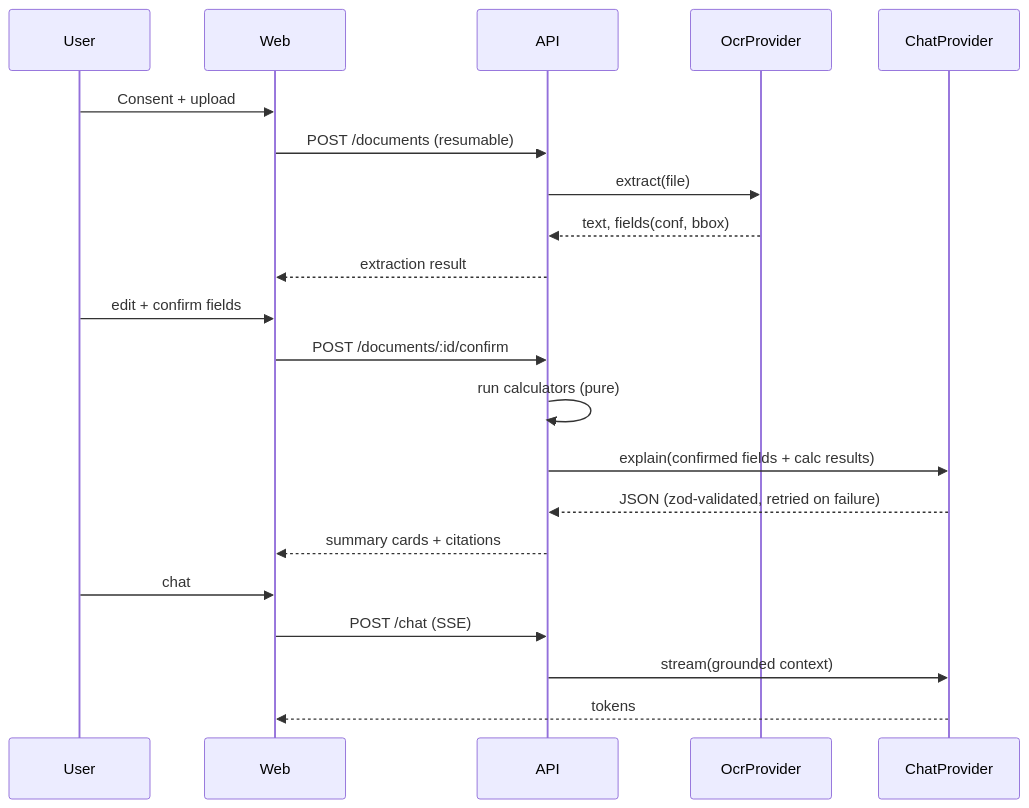
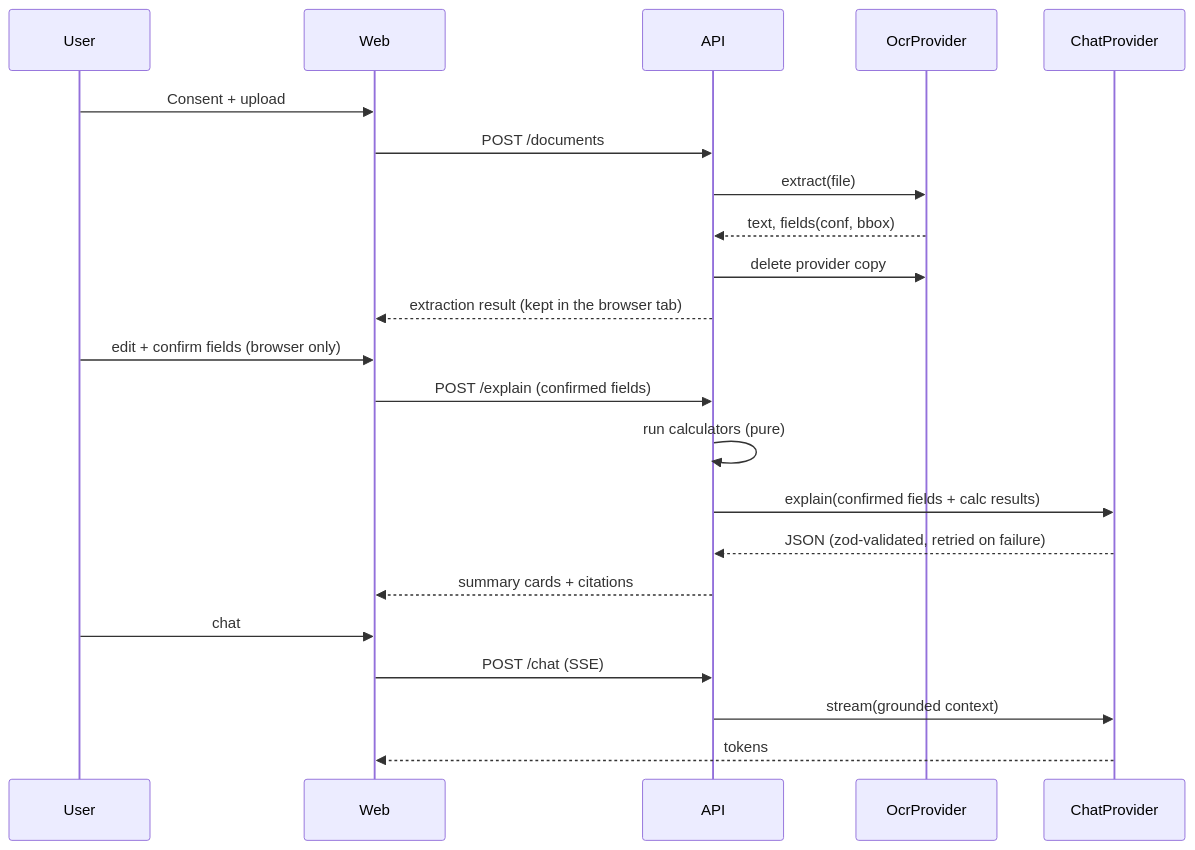
One commit to ychine/tdks-overclock changed the second of 2 diagrams in .kiro/specs/linaw/design.md. Above: the diagram before and after it, drawn with Mermaid. The commit also changed other lines of this file and 28 other files, not shown here.

````diff
--- a/.kiro/specs/linaw/design.md
+++ b/.kiro/specs/linaw/design.md
@@ -35,23 +35,24 @@
 ```mermaid
 sequenceDiagram
   participant U as User
   participant W as Web
   participant A as API
   participant O as OcrProvider
   participant C as ChatProvider
   U->>W: Consent + upload
-  W->>A: POST /documents (resumable)
+  W->>A: POST /documents
   A->>O: extract(file)
   O-->>A: text, fields(conf, bbox)
-  A-->>W: extraction result
-  U->>W: edit + confirm fields
-  W->>A: POST /documents/:id/confirm
+  A->>O: delete provider copy
+  A-->>W: extraction result (kept in the browser tab)
+  U->>W: edit + confirm fields (browser only)
+  W->>A: POST /explain (confirmed fields)
   A->>A: run calculators (pure)
   A->>C: explain(confirmed fields + calc results)
   C-->>A: JSON (zod-validated, retried on failure)
   A-->>W: summary cards + citations
   U->>W: chat
   W->>A: POST /chat (SSE)
   A->>C: stream(grounded context)
   C-->>W: tokens
 ```
````
